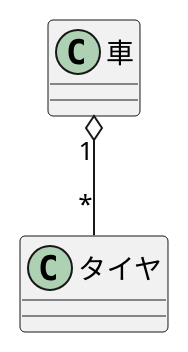
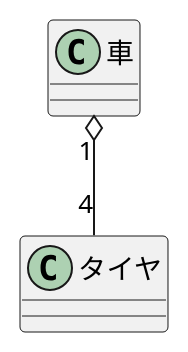
The diagram in 演習3-4_クラス図.pu (kikuchitokumasa/uml-introduction), drawn with PlantUML before and after one commit.

Commit message:
演習3-4

```diff
--- a/演習3-4_クラス図.pu
+++ b/演習3-4_クラス図.pu
@@ -1,9 +1,9 @@
 @startuml 
 class 車{
 
 }
 class タイヤ{
 
 }
-車"1" o-- "*"タイヤ
+車"1" o-- "4"タイヤ
 @enduml
```
